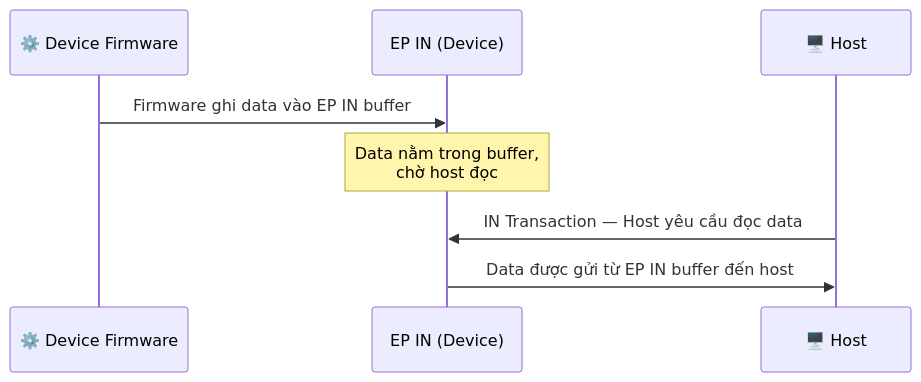
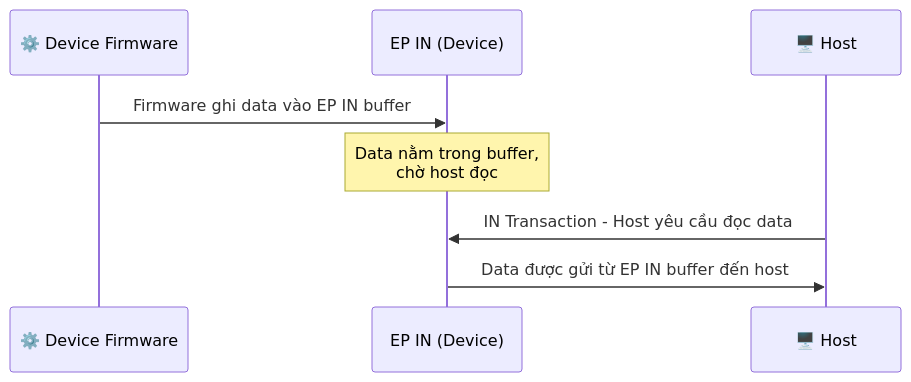
The second of 3 diagrams in Embedded/6. USB/4. endpoint/README.md (Leminuos/tutorials), drawn with Mermaid before and after one commit. The commit also changed other lines of this file and 51 other files, not shown here.

````diff
--- a/Embedded/6. USB/4. endpoint/README.md
+++ b/Embedded/6. USB/4. endpoint/README.md
@@ -121,11 +121,11 @@
 ```mermaid
 sequenceDiagram
     participant FW as ⚙️ Device Firmware
     participant EP as EP IN (Device)
     participant H as 🖥️ Host
 
     FW->>EP: Firmware ghi data vào EP IN buffer
     Note over EP: Data nằm trong buffer,<br/>chờ host đọc
-    H->>EP: IN Transaction — Host yêu cầu đọc data
+    H->>EP: IN Transaction - Host yêu cầu đọc data
     EP->>H: Data được gửi từ EP IN buffer đến host
 ```
````
